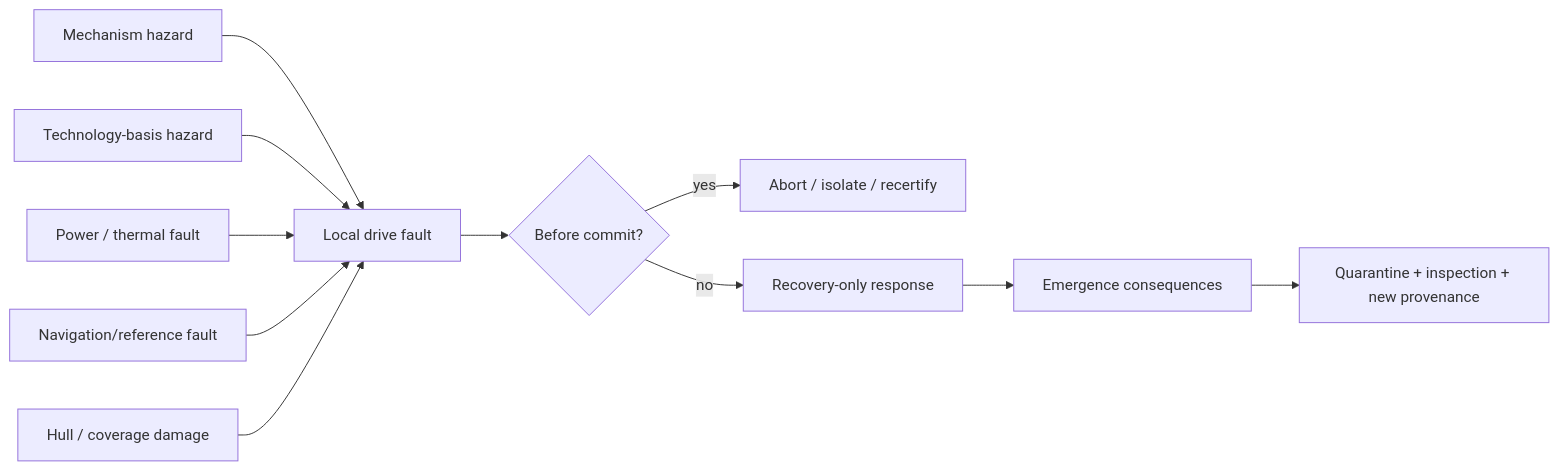
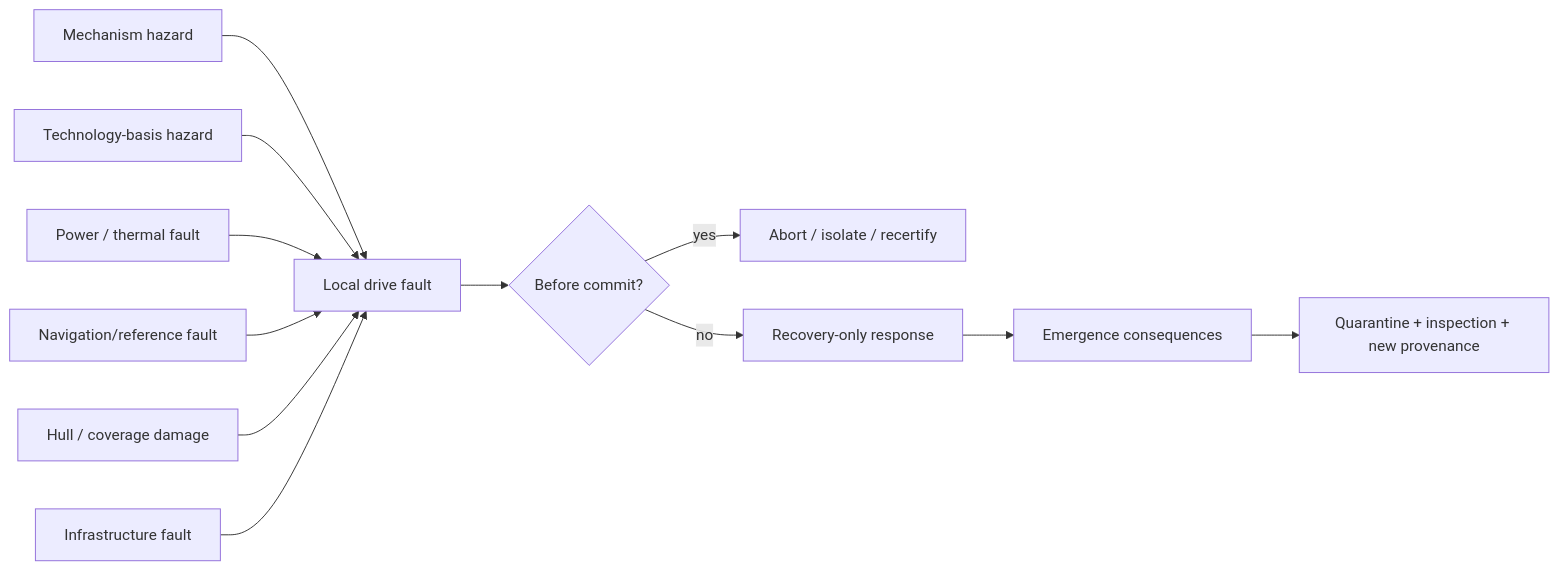
Before and after one commit to mrcalzon02/HB-TTRPG-tools: the fifth of 7 diagrams in docs/blacklight/PROPULSION_TRANSIT_GENERATOR_REFERENCE.md, drawn with Mermaid. The commit also changed other lines of this file, not shown here.

````diff
--- a/docs/blacklight/PROPULSION_TRANSIT_GENERATOR_REFERENCE.md
+++ b/docs/blacklight/PROPULSION_TRANSIT_GENERATOR_REFERENCE.md
@@ -304,13 +361,14 @@
 ```mermaid
 flowchart LR
     M[Mechanism hazard] --> X[Local drive fault]
     B[Technology-basis hazard] --> X
     P[Power / thermal fault] --> X
     N[Navigation/reference fault] --> X
     H[Hull / coverage damage] --> X
+    I[Infrastructure fault] --> X
     X --> A{Before commit?}
     A -->|yes| AB[Abort / isolate / recertify]
     A -->|no| R[Recovery-only response]
     R --> C[Emergence consequences]
     C --> Q[Quarantine + inspection + new provenance]
 ```
````
